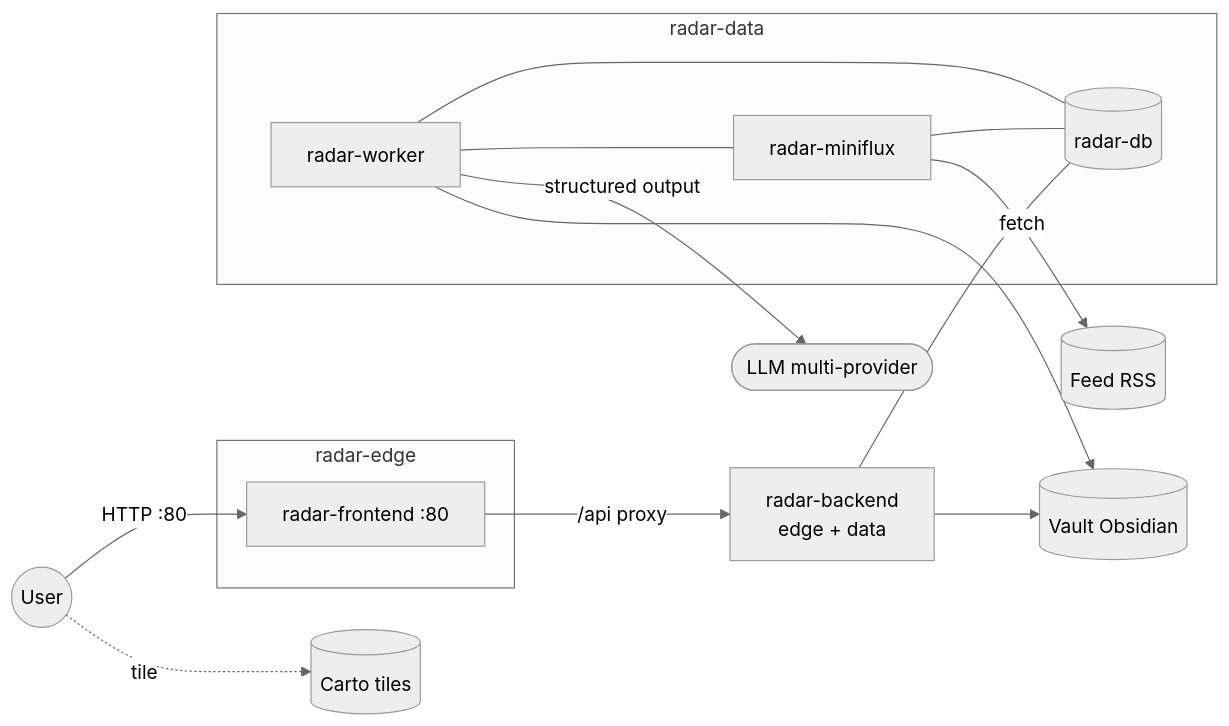
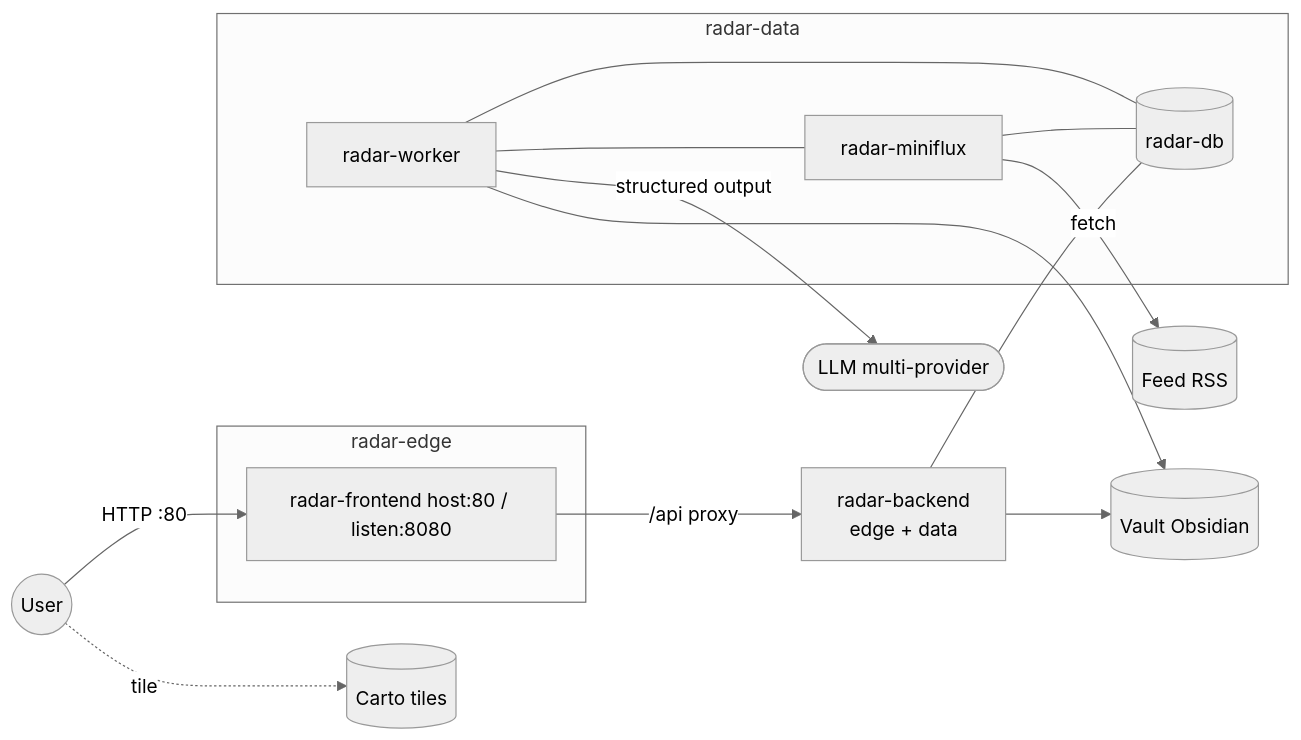
One commit to JiraaG/Intelligence-Dashboard changed the diagram in README.md. Above: the diagram before and after it, drawn with Mermaid (neutral theme). The commit also changed other lines of this file and 13 other files, not shown here.

````diff
--- a/README.md
+++ b/README.md
@@ -53,28 +58,28 @@
 ```mermaid
 flowchart LR
   User((User))
   subgraph edge["radar-edge"]
-    FE[radar-frontend :80]
+    FE["radar-frontend host:80 / listen:8080"]
   end
   API[radar-backend<br/>edge + data]
   subgraph dataNet["radar-data"]
     W[radar-worker]
     DB[(radar-db)]
     MF[radar-miniflux]
   end
   Vault[(Vault Obsidian)]
   LLM([LLM multi-provider])
   Carto[(Carto tiles)]
   RSS[(Feed RSS)]
   User -->|HTTP :80| FE
   User -.->|tile| Carto
   FE -->|/api proxy| API
   API --- DB
   W --- DB
   W --- MF
   W -->|structured output| LLM
   W --> Vault
   API --> Vault
   MF --- DB
   MF -->|fetch| RSS
 ```
````
